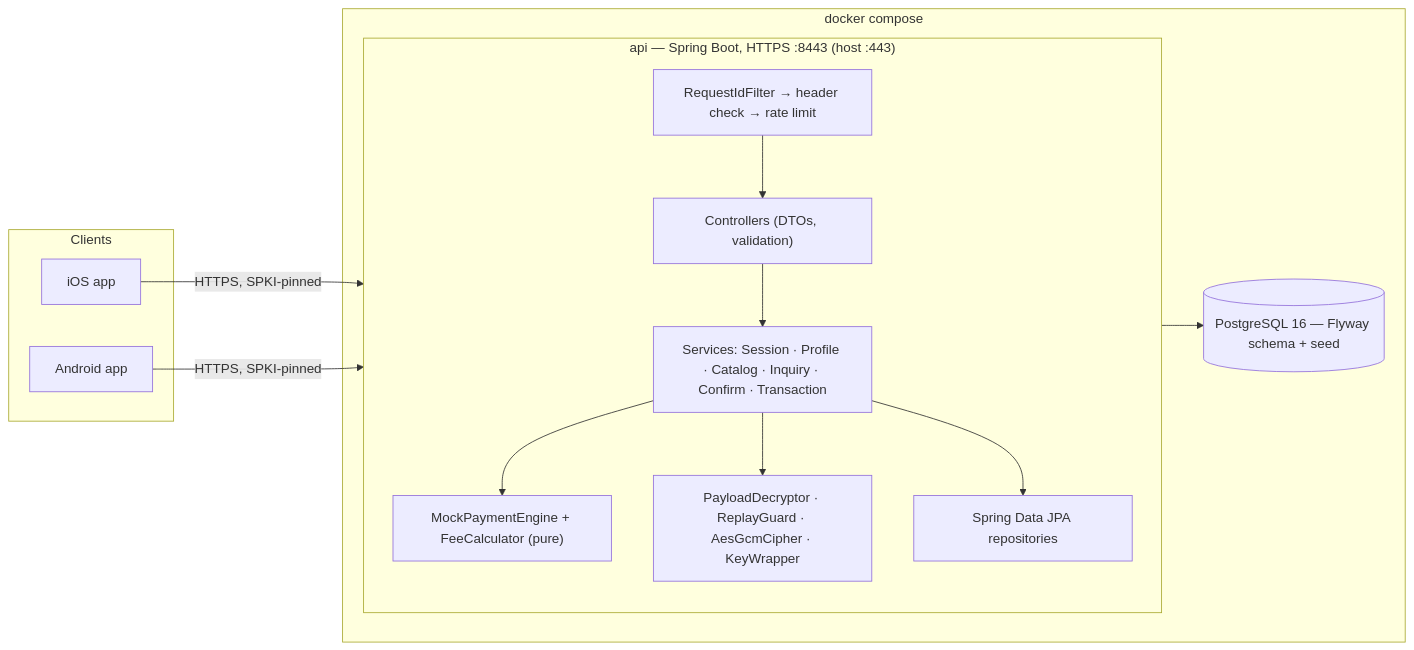
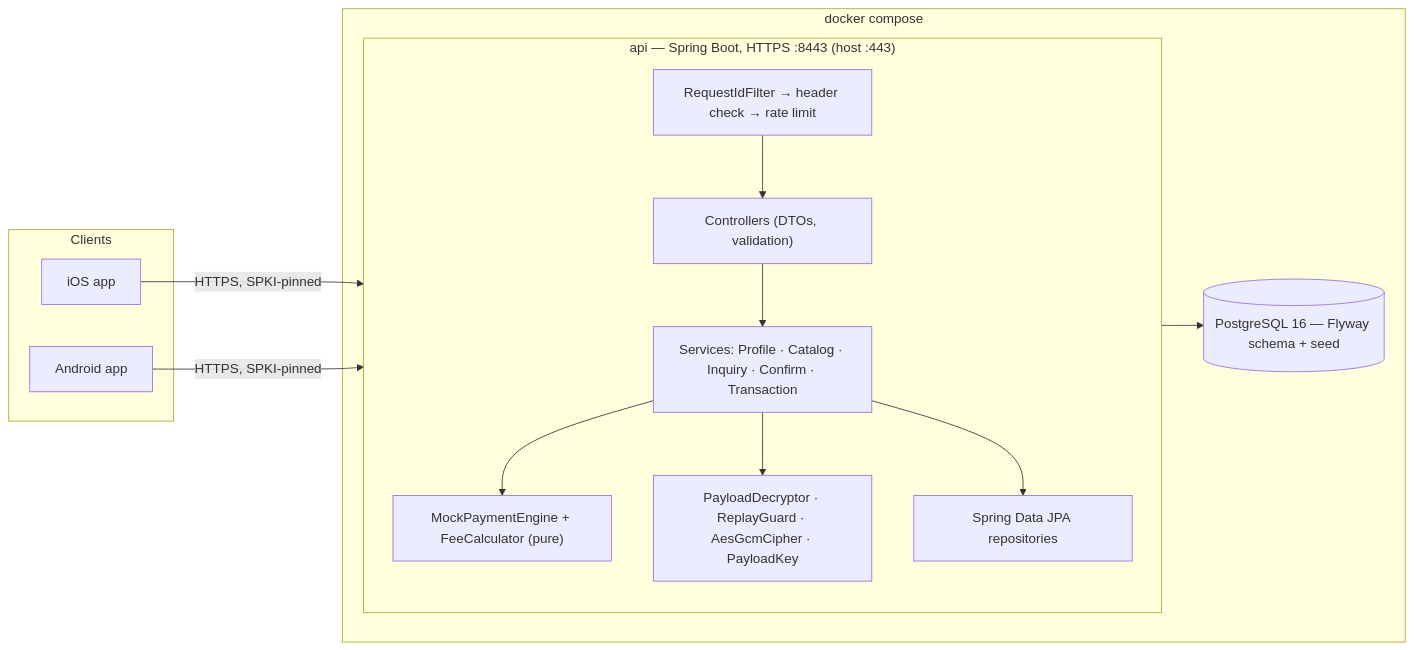
The second of 2 diagrams in README.md (M-o-m-e-n/Momkn-pay-backend), drawn with Mermaid before and after one commit. The commit also changed other lines of this file and 4 other files, not shown here.

````diff
--- a/README.md
+++ b/README.md
@@ -167,26 +172,26 @@
 ```mermaid
 flowchart LR
     subgraph Clients
         IOS[iOS app]
         AND[Android app]
     end
     subgraph Compose["docker compose"]
         subgraph API["api — Spring Boot, HTTPS :8443 (host :443)"]
             direction TB
             F["RequestIdFilter → header check → rate limit"]
             C["Controllers (DTOs, validation)"]
-            S["Services: Session · Profile · Catalog · Inquiry · Confirm · Transaction"]
+            S["Services: Profile · Catalog · Inquiry · Confirm · Transaction"]
             E["MockPaymentEngine + FeeCalculator (pure)"]
-            X["PayloadDecryptor · ReplayGuard · AesGcmCipher · KeyWrapper"]
+            X["PayloadDecryptor · ReplayGuard · AesGcmCipher · PayloadKey"]
             R["Spring Data JPA repositories"]
             F --> C --> S
             S --> E
             S --> X
             S --> R
         end
         DB[("PostgreSQL 16 — Flyway schema + seed")]
     end
     IOS -- "HTTPS, SPKI-pinned" --> F
     AND -- "HTTPS, SPKI-pinned" --> F
     R --> DB
 ```
````
